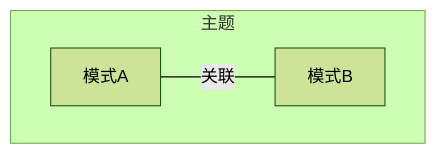
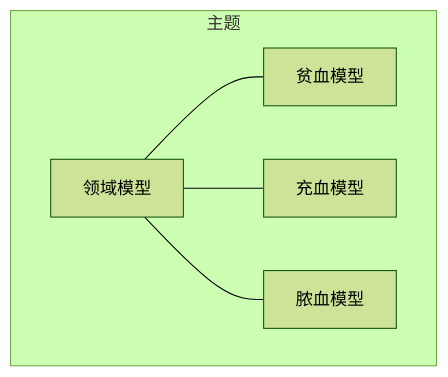
One commit to lordking/lordking.github.io changed the first of 5 diagrams in ddd/:category/:year-:month-:day-:title.md. Above: the diagram before and after it, drawn with Mermaid (forest theme). The commit also changed other lines of this file, not shown here.

````diff
--- a/ddd/:category/:year-:month-:day-:title.md
+++ b/ddd/:category/:year-:month-:day-:title.md
@@ -41,7 +50,9 @@
 ```mermaid
 flowchart 
 	subgraph 主题
 	direction LR
-		模式A --- |关联| 模式B
+		领域模型 --- 贫血模型
+		领域模型 --- 充血模型
+		领域模型 --- 脓血模型
 	end
 ```
````
